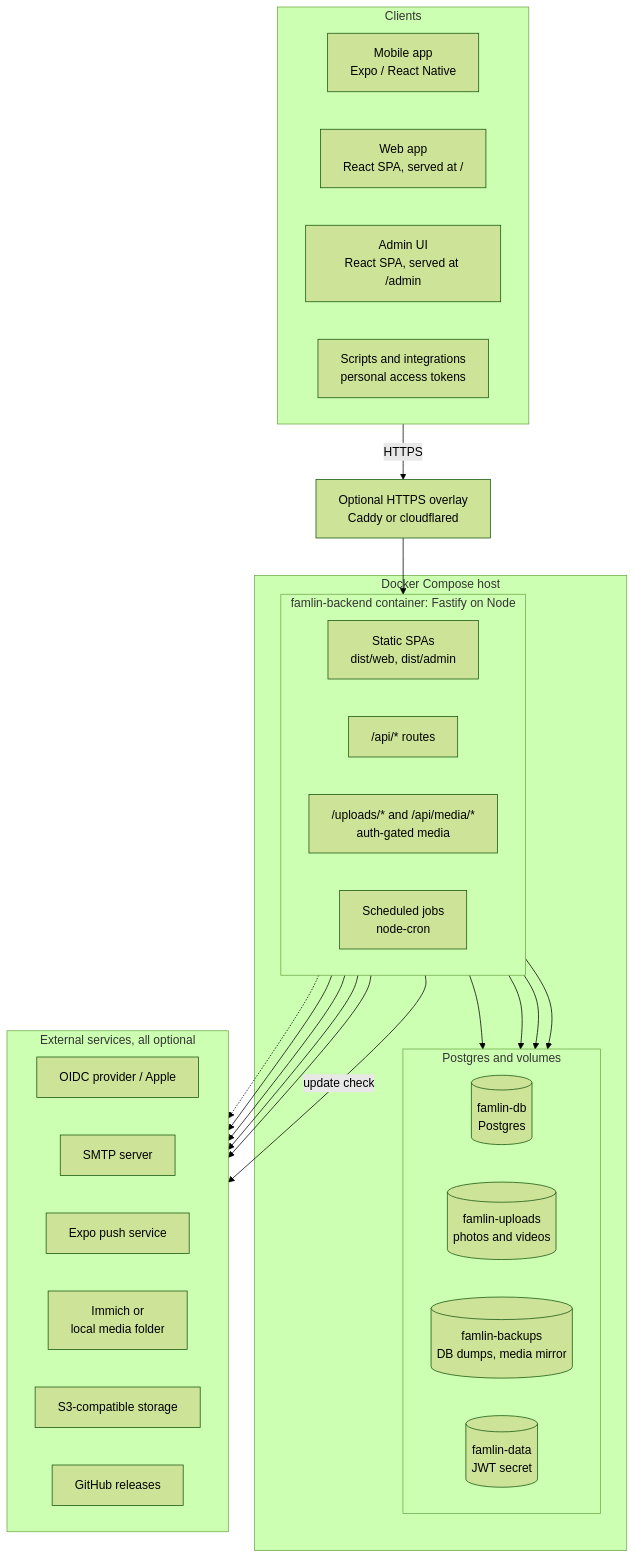
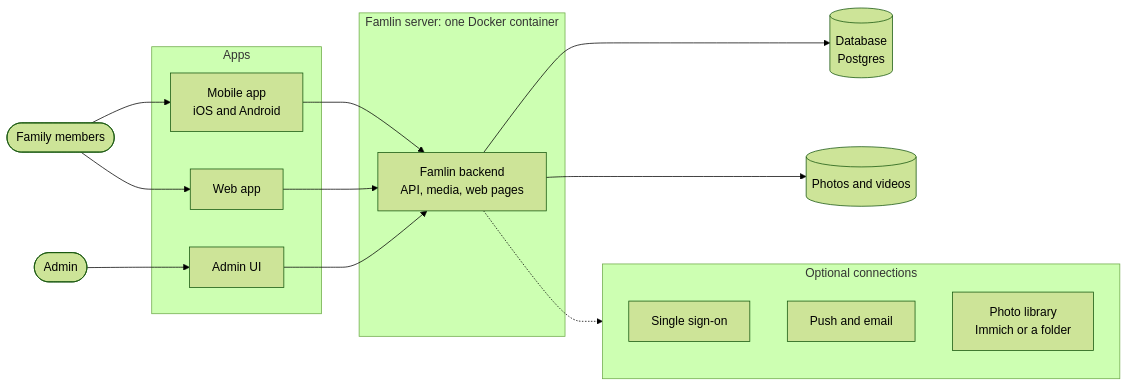
One commit to TimVanOnckelen/famlin changed the diagram in docs/developers/architecture.md. Above: the diagram before and after it, drawn with Mermaid (forest theme). The commit also changed other lines of this file, not shown here.

First line of the commit message:
docs: simplify architecture overview to one high-level diagram

````diff
--- a/docs/developers/architecture.md
+++ b/docs/developers/architecture.md
@@ -24,51 +20,34 @@
 ```mermaid
-flowchart TB
-  subgraph clients["Clients"]
-    direction LR
-    mobile["Mobile app<br/>Expo / React Native"]
-    browser["Web app<br/>React SPA, served at /"]
-    adminui["Admin UI<br/>React SPA, served at /admin"]
-    scripts["Scripts and integrations<br/>personal access tokens"]
+flowchart LR
+  family(["Family members"])
+  admin(["Admin"])
+
+  subgraph apps["Apps"]
+    mobile["Mobile app<br/>iOS and Android"]
+    web["Web app"]
+    adminui["Admin UI"]
   end
 
-  proxy["Optional HTTPS overlay<br/>Caddy or cloudflared"]
-
-  subgraph host["Docker Compose host"]
-    subgraph backend["famlin-backend container: Fastify on Node"]
-      direction LR
-      static["Static SPAs<br/>dist/web, dist/admin"]
-      api["/api/* routes"]
-      media["/uploads/* and /api/media/*<br/>auth-gated media"]
-      jobs["Scheduled jobs<br/>node-cron"]
-    end
-    subgraph volumes["Postgres and volumes"]
-      direction LR
-      db[("famlin-db<br/>Postgres")]
-      uploads[("famlin-uploads<br/>photos and videos")]
-      backups[("famlin-backups<br/>DB dumps, media mirror")]
-      data[("famlin-data<br/>JWT secret")]
-    end
+  subgraph server["Famlin server: one Docker container"]
+    backend["Famlin backend<br/>API, media, web pages"]
   end
 
-  subgraph external["External services, all optional"]
-    direction LR
-    oidc["OIDC provider / Apple"]
-    smtp["SMTP server"]
-    expo["Expo push service"]
-    immich["Immich or<br/>local media folder"]
-    s3["S3-compatible storage"]
-    gh["GitHub releases"]
+  db[("Database<br/>Postgres")]
+  files[("Photos and videos")]
+
+  subgraph optional["Optional connections"]
+    login["Single sign-on"]
+    notify["Push and email"]
+    photos["Photo library<br/>Immich or a folder"]
   end
 
-  clients -- HTTPS --> proxy --> backend
-  api --> db
-  api --> data
-  media --> uploads
-  media -.-> s3
-  jobs --> backups
-  api --> oidc
-  api --> smtp
-  api --> expo
-  media --> immich
-  jobs -- update check --> gh
+  family --> mobile
+  family --> web
+  admin --> adminui
+  mobile --> backend
+  web --> backend
+  adminui --> backend
+  backend --> db
+  backend --> files
+  backend -.-> optional
 ```
````
